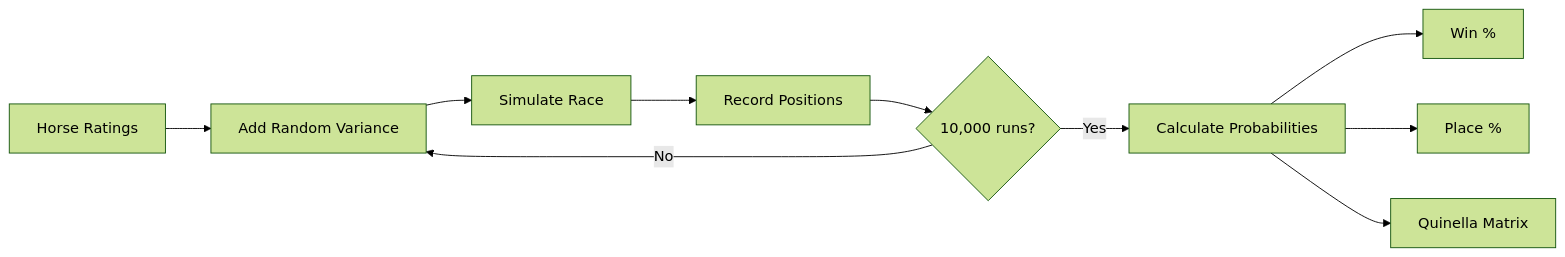
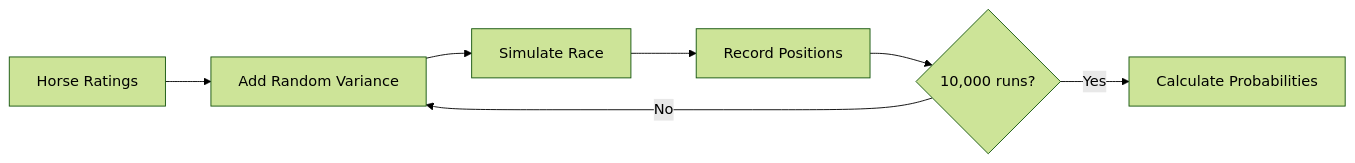
Before and after one commit to AnthonyXcode/hourse-racing: the third of 4 diagrams in README.md, drawn with Mermaid (forest theme). The commit also changed other lines of this file and 4 other files, not shown here.

````diff
--- a/README.md
+++ b/README.md
@@ -194,12 +268,9 @@
 ```mermaid
 flowchart LR
     Input[Horse Ratings] --> Variance[Add Random Variance]
     Variance --> Race[Simulate Race]
     Race --> Record[Record Positions]
     Record --> Check{10,000 runs?}
     Check -->|No| Variance
     Check -->|Yes| Output[Calculate Probabilities]
-    Output --> Win[Win %]
-    Output --> Place[Place %]
-    Output --> Exotic[Quinella Matrix]
 ```
````
